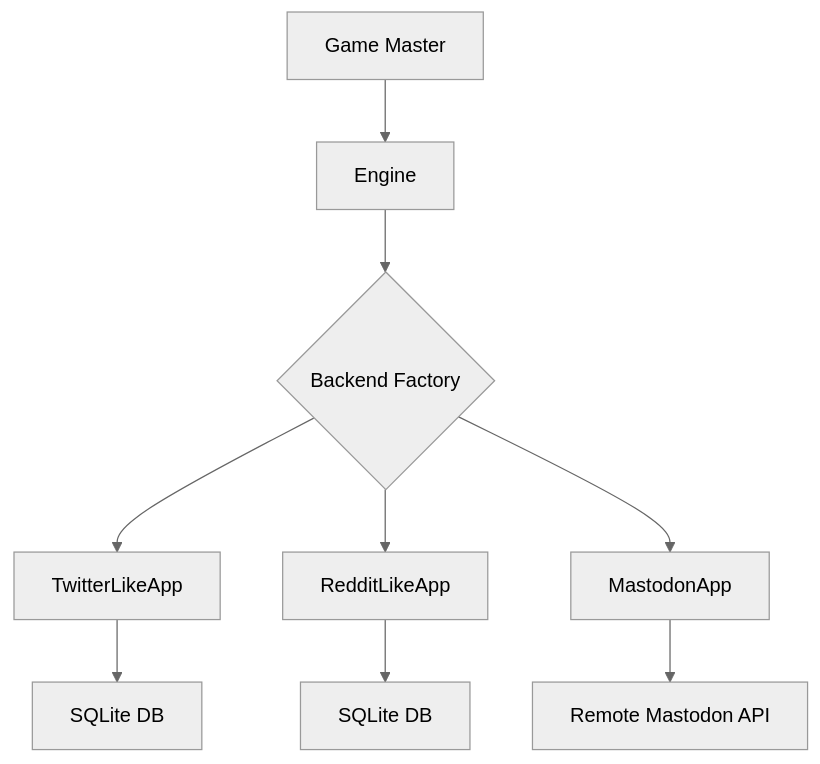
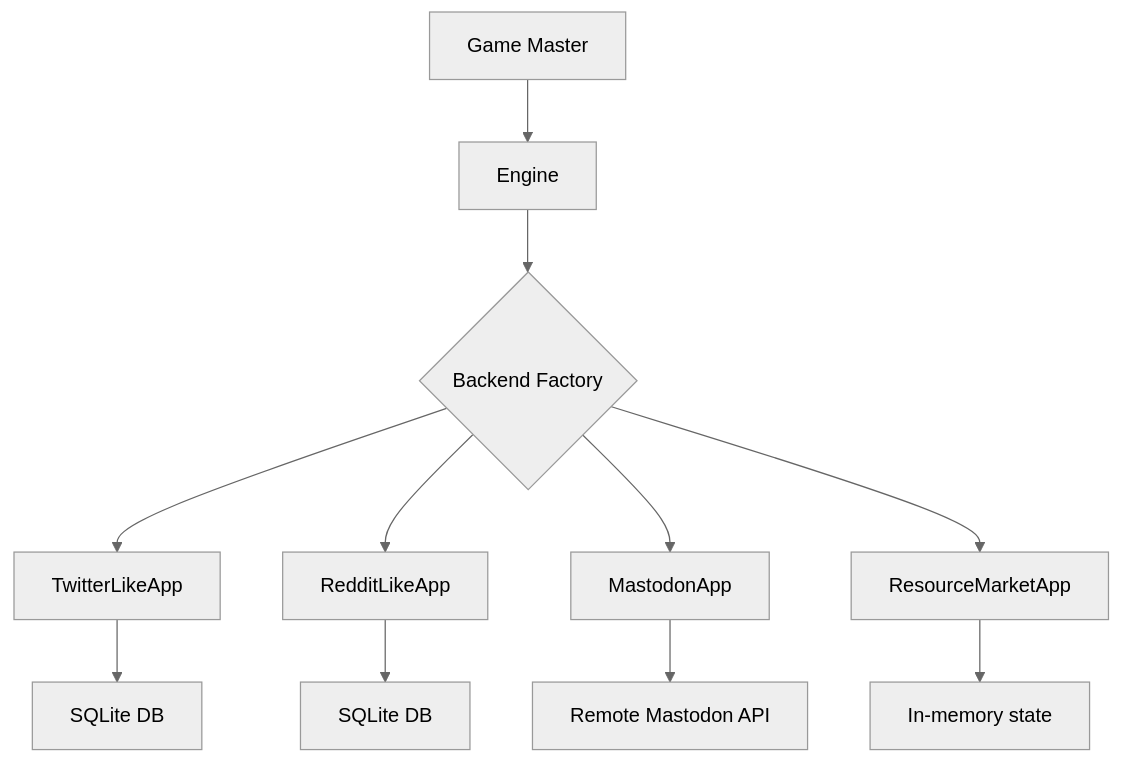
Before and after one commit to sandbox-social/silisocs: the diagram in docs/backends.md, drawn with Mermaid (neutral theme). The commit also changed other lines of this file and 17 other files, not shown here.

````diff
--- a/docs/backends.md
+++ b/docs/backends.md
@@ -123,11 +156,13 @@
 ```mermaid
 graph TD
     A[Game Master] --> B[Engine]
     B --> C{Backend Factory}
     C --> D[TwitterLikeApp]
     C --> E[RedditLikeApp]
     C --> F[MastodonApp]
+    C --> M[ResourceMarketApp]
     D --> G[SQLite DB]
     E --> H[SQLite DB]
     F --> I[Remote Mastodon API]
+    M --> N[In-memory state]
 ```
````
